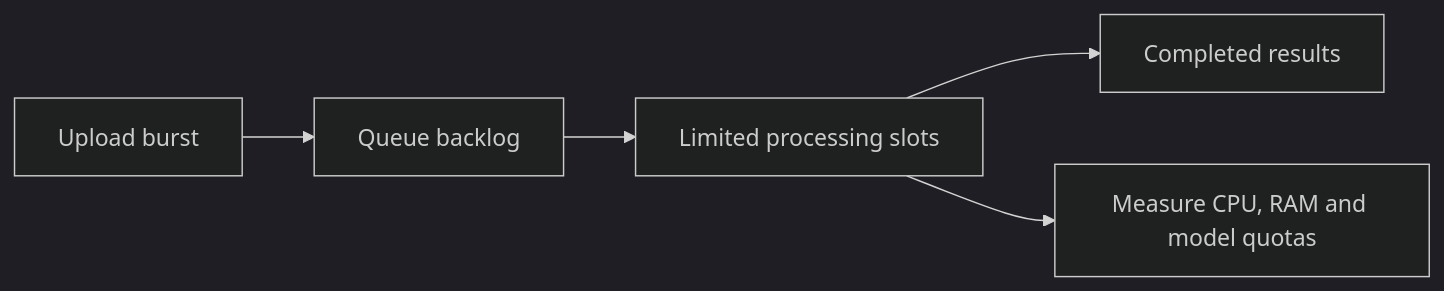
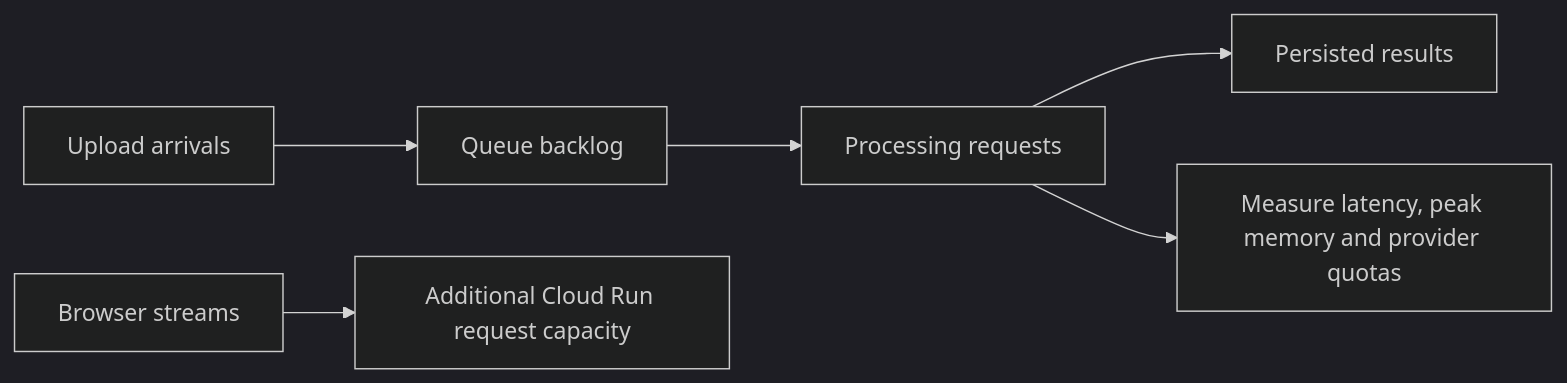
Before and after one commit to gabrr/agent-trx-classifier: the diagram in docs/trx-system-design/04-capacity-and-cost.md, drawn with Mermaid (dark theme). The commit also changed other lines of this file and 47 other files, not shown here.

````diff
--- a/docs/trx-system-design/04-capacity-and-cost.md
+++ b/docs/trx-system-design/04-capacity-and-cost.md
@@ -37,7 +15,8 @@
 ```mermaid
 flowchart LR
-    A[Upload burst] --> Q[Queue backlog]
-    Q --> W[Limited processing slots]
-    W --> R[Completed results]
-    W --> M[Measure CPU, RAM and model quotas]
+    A[Upload arrivals] --> Q[Queue backlog]
+    Q --> W[Processing requests]
+    W --> R[Persisted results]
+    W --> M[Measure latency, peak memory and provider quotas]
+    B[Browser streams] --> C[Additional Cloud Run request capacity]
 ```
````
